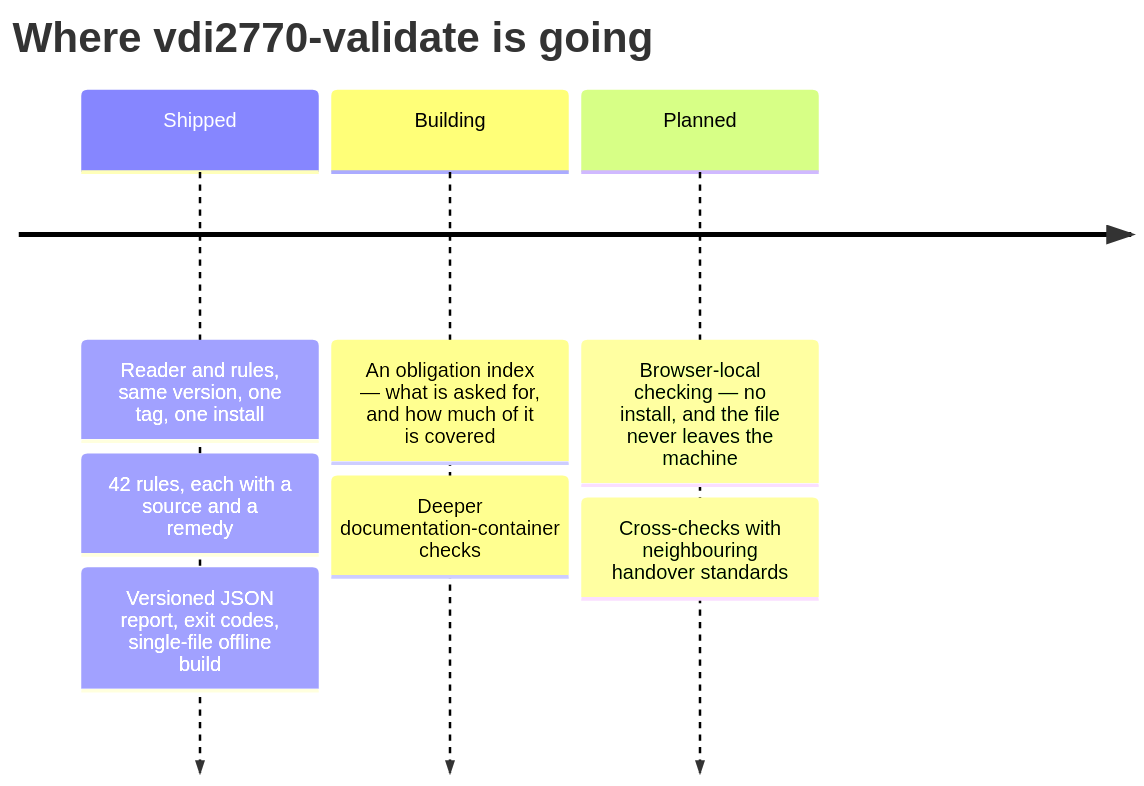
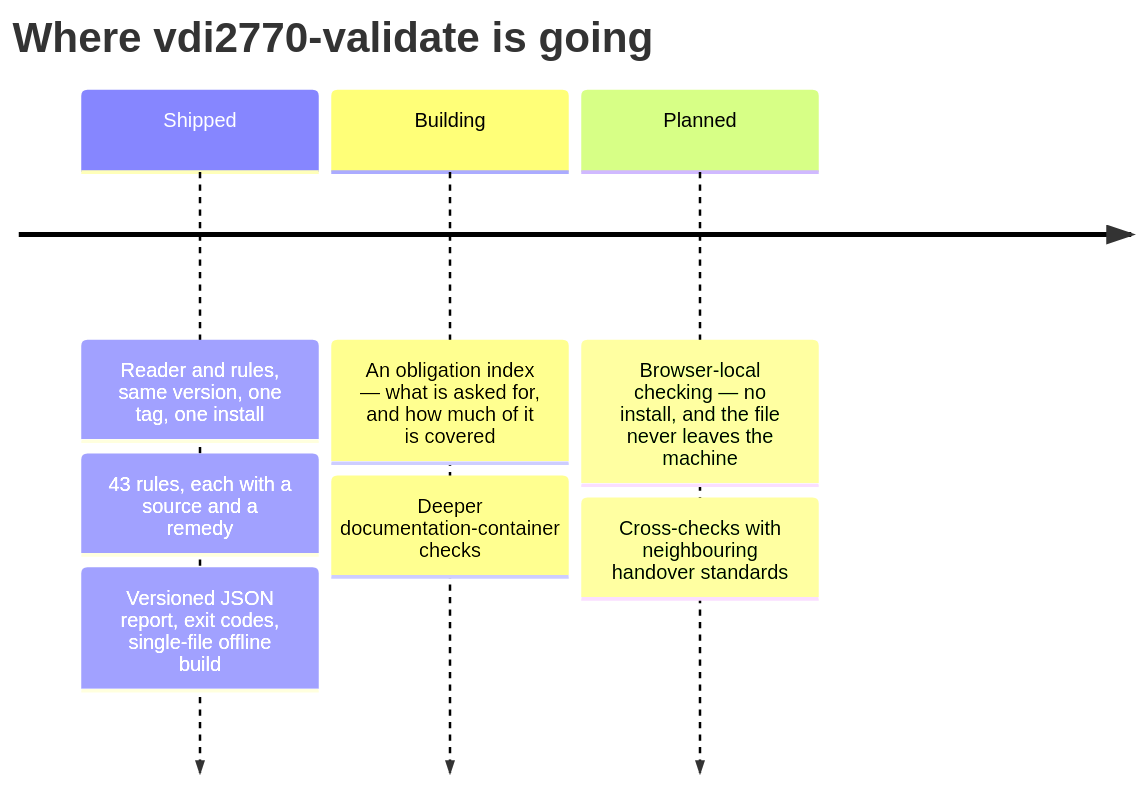
The second of 2 diagrams in README.md (dev365code/vdi2770-validate), drawn with Mermaid before and after one commit. The commit also changed other lines of this file and 8 other files, not shown here.

````diff
--- a/README.md
+++ b/README.md
@@ -285,11 +285,11 @@
 ```mermaid
 timeline
     title Where vdi2770-validate is going
     Shipped : Reader and rules, same version, one tag, one install
-            : 42 rules, each with a source and a remedy
+            : 43 rules, each with a source and a remedy
             : Versioned JSON report, exit codes, single-file offline build
     Building : An obligation index — what is asked for, and how much of it is covered
              : Deeper documentation-container checks
     Planned : Browser-local checking — no install, and the file never leaves the machine
             : Cross-checks with neighbouring handover standards
 ```
````
